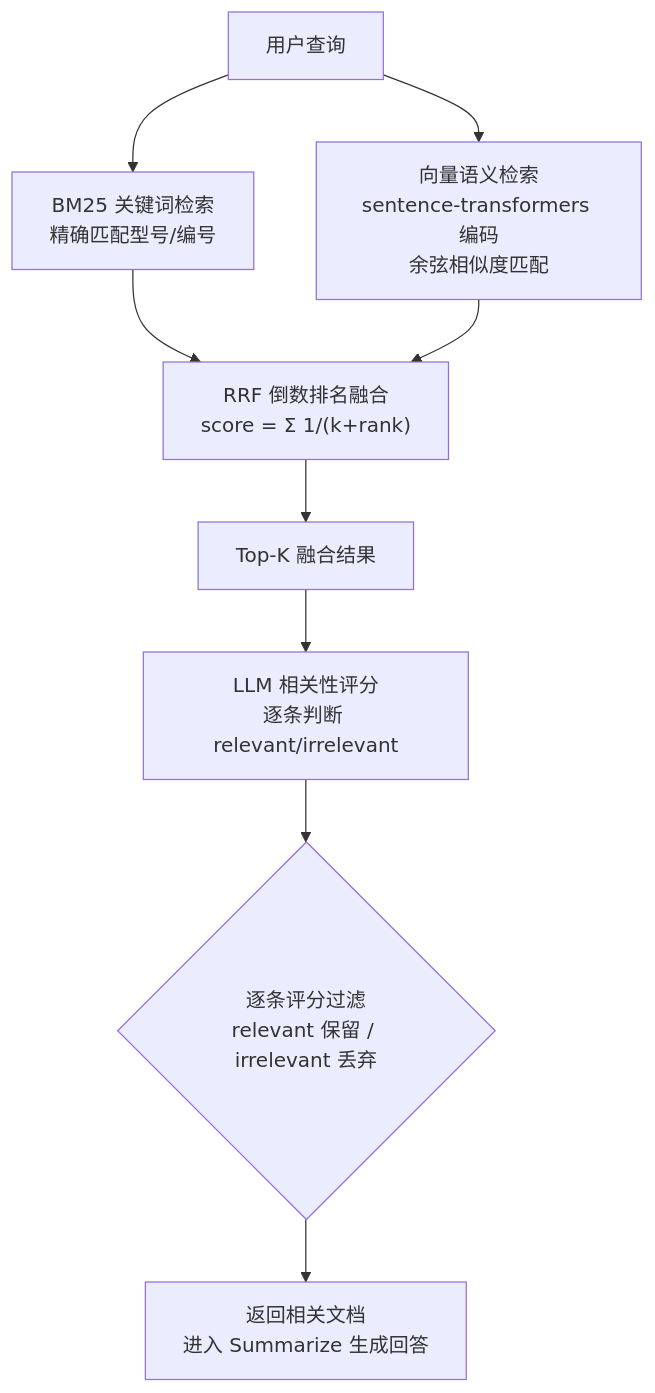
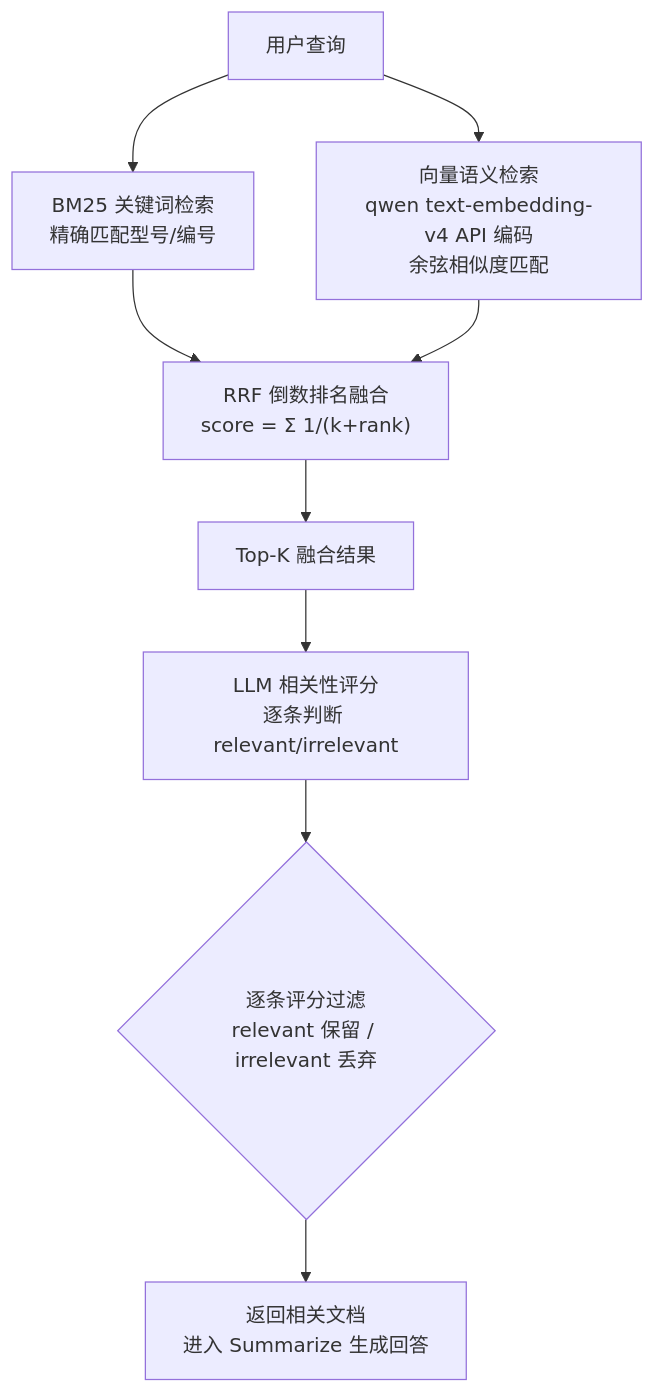
One commit to blowt16/SmartCS-Agent changed the fifth of 14 diagrams in docs/PROJECT_ANALYSIS.md. Above: the diagram before and after it, drawn with Mermaid. The commit also changed other lines of this file and 5 other files, not shown here.

````diff
--- a/docs/PROJECT_ANALYSIS.md
+++ b/docs/PROJECT_ANALYSIS.md
@@ -371,11 +368,11 @@
 ```mermaid
 flowchart TB
     Q["用户查询"] --> BM25["BM25 关键词检索<br/>精确匹配型号/编号"]
-    Q --> VEC["向量语义检索<br/>sentence-transformers 编码<br/>余弦相似度匹配"]
+    Q --> VEC["向量语义检索<br/>qwen text-embedding-v4 API 编码<br/>余弦相似度匹配"]
     BM25 --> RRF["RRF 倒数排名融合<br/>score = Σ 1/(k+rank)"]
     VEC --> RRF
     RRF --> TOPK["Top-K 融合结果"]
     TOPK --> GRADE["LLM 相关性评分<br/>逐条判断 relevant/irrelevant"]
     GRADE --> FILTER{"逐条评分过滤<br/>relevant 保留 / irrelevant 丢弃"}
     FILTER --> DONE["返回相关文档<br/>进入 Summarize 生成回答"]
 ```
````
